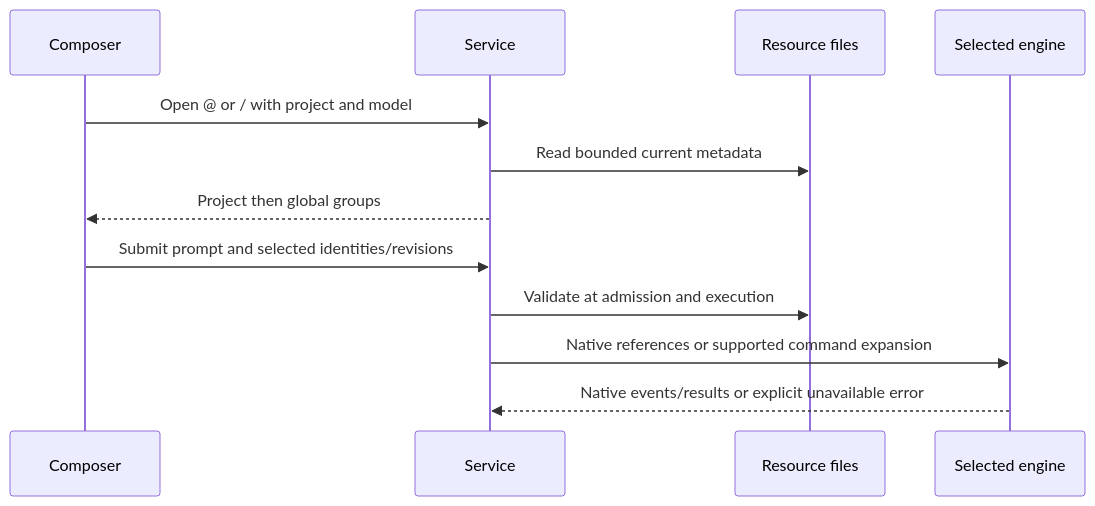
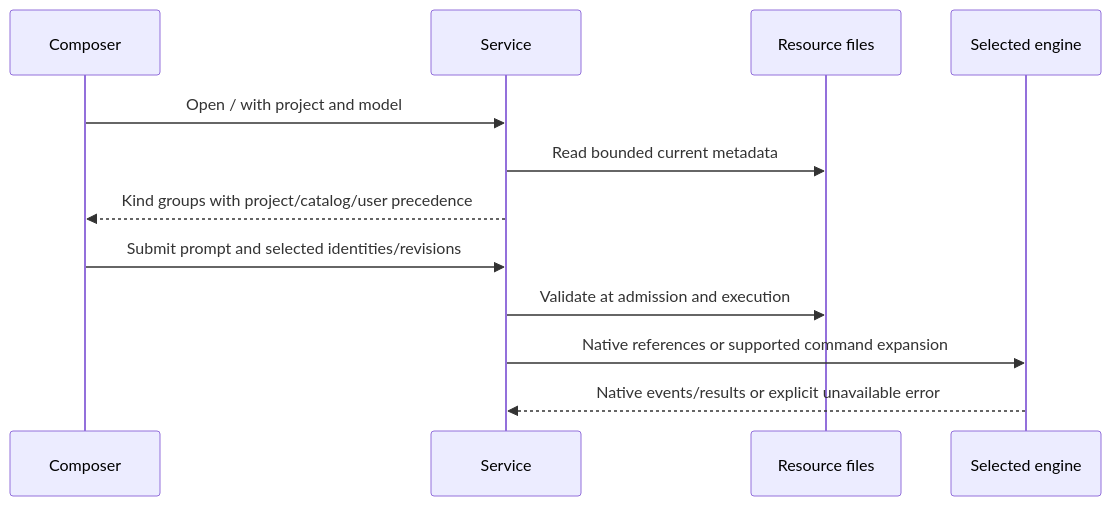
The diagram in dossier/native-resource-discovery.md (sophia-phillipa/keepharness), drawn with Mermaid before and after one commit. The commit also changed other lines of this file and 9 other files, not shown here.

````diff
--- a/dossier/native-resource-discovery.md
+++ b/dossier/native-resource-discovery.md
@@ -47,14 +49,14 @@
 ```mermaid
 sequenceDiagram
     participant U as Composer
     participant S as Service
     participant F as Resource files
     participant E as Selected engine
-    U->>S: Open @ or / with project and model
+    U->>S: Open / with project and model
     S->>F: Read bounded current metadata
-    S-->>U: Project then global groups
+    S-->>U: Kind groups with project/catalog/user precedence
     U->>S: Submit prompt and selected identities/revisions
     S->>F: Validate at admission and execution
     S->>E: Native references or supported command expansion
     E-->>S: Native events/results or explicit unavailable error
 ```
````
